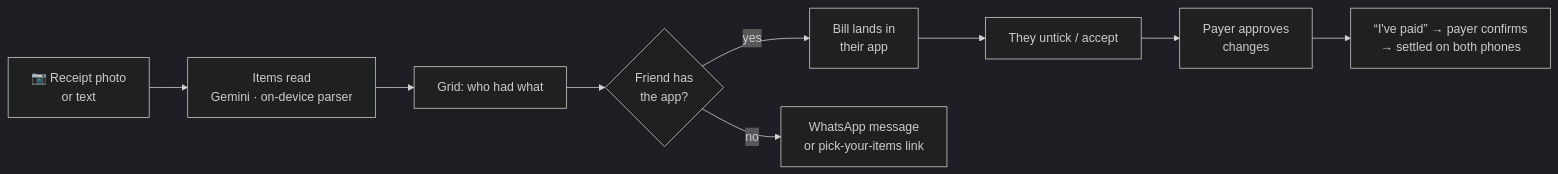
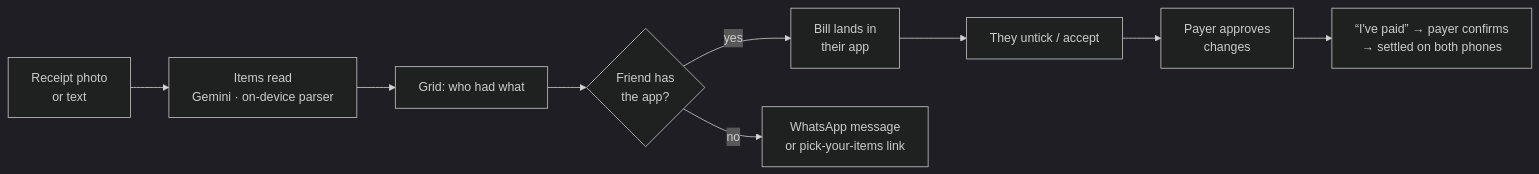
Before and after one commit to Vishnuleel/Budget_Splitter: the diagram in README.md, drawn with Mermaid (dark theme). The commit also changed other lines of this file and 2 other files, not shown here.

````diff
--- a/README.md
+++ b/README.md
@@ -89,11 +89,11 @@
 ```mermaid
 flowchart LR
-    A[📷 Receipt photo<br/>or text] --> B[Items read<br/>Gemini · on-device parser]
+    A[Receipt photo<br/>or text] --> B[Items read<br/>Gemini · on-device parser]
     B --> C[Grid: who had what]
     C --> D{Friend has<br/>the app?}
     D -- yes --> E[Bill lands in<br/>their app]
     D -- no --> F[WhatsApp message<br/>or pick-your-items link]
     E --> G[They untick / accept]
     G --> H[Payer approves<br/>changes]
     H --> I[“I've paid” → payer confirms<br/>→ settled on both phones]
 ```
````
